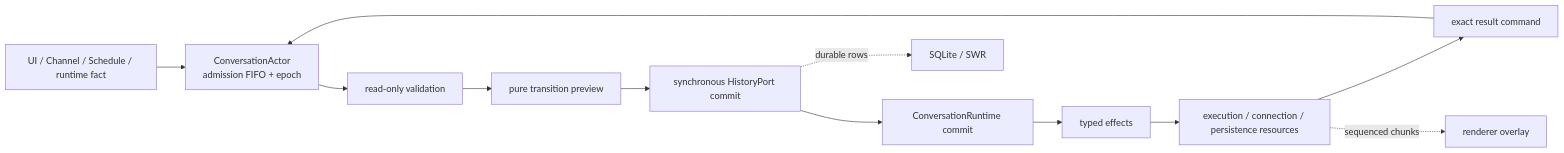
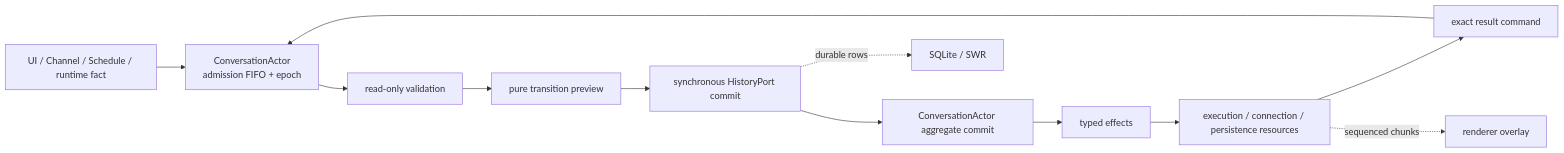
The diagram in docs/references/ai/conversation-runtime.md (CherryHQ/cherry-studio), drawn with Mermaid before and after one commit. The commit also changed other lines of this file and 4 other files, not shown here.

````diff
--- a/docs/references/ai/conversation-runtime.md
+++ b/docs/references/ai/conversation-runtime.md
@@ -13,14 +13,14 @@
 ```mermaid
 flowchart LR
   I["UI / Channel / Schedule / runtime fact"] --> A["ConversationActor\nadmission FIFO + epoch"]
   A --> V["read-only validation"]
   V --> P["pure transition preview"]
   P --> H["synchronous HistoryPort commit"]
-  H --> R["ConversationRuntime commit"]
+  H --> R["ConversationActor aggregate commit"]
   R --> E["typed effects"]
   E --> X["execution / connection / persistence resources"]
   X --> C["exact result command"]
   C --> A
   X -. "sequenced chunks" .-> O["renderer overlay"]
   H -. "durable rows" .-> D["SQLite / SWR"]
 ```
````
